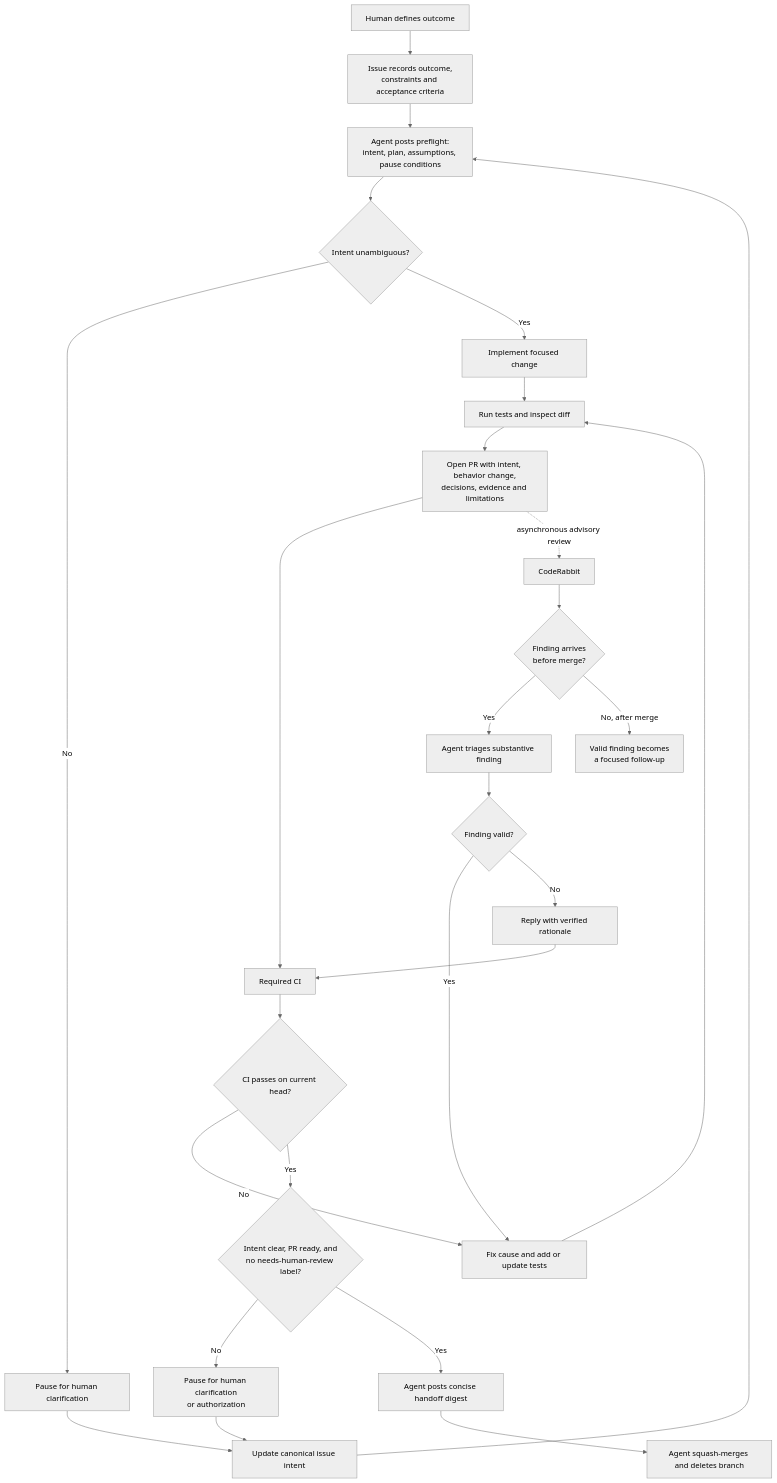
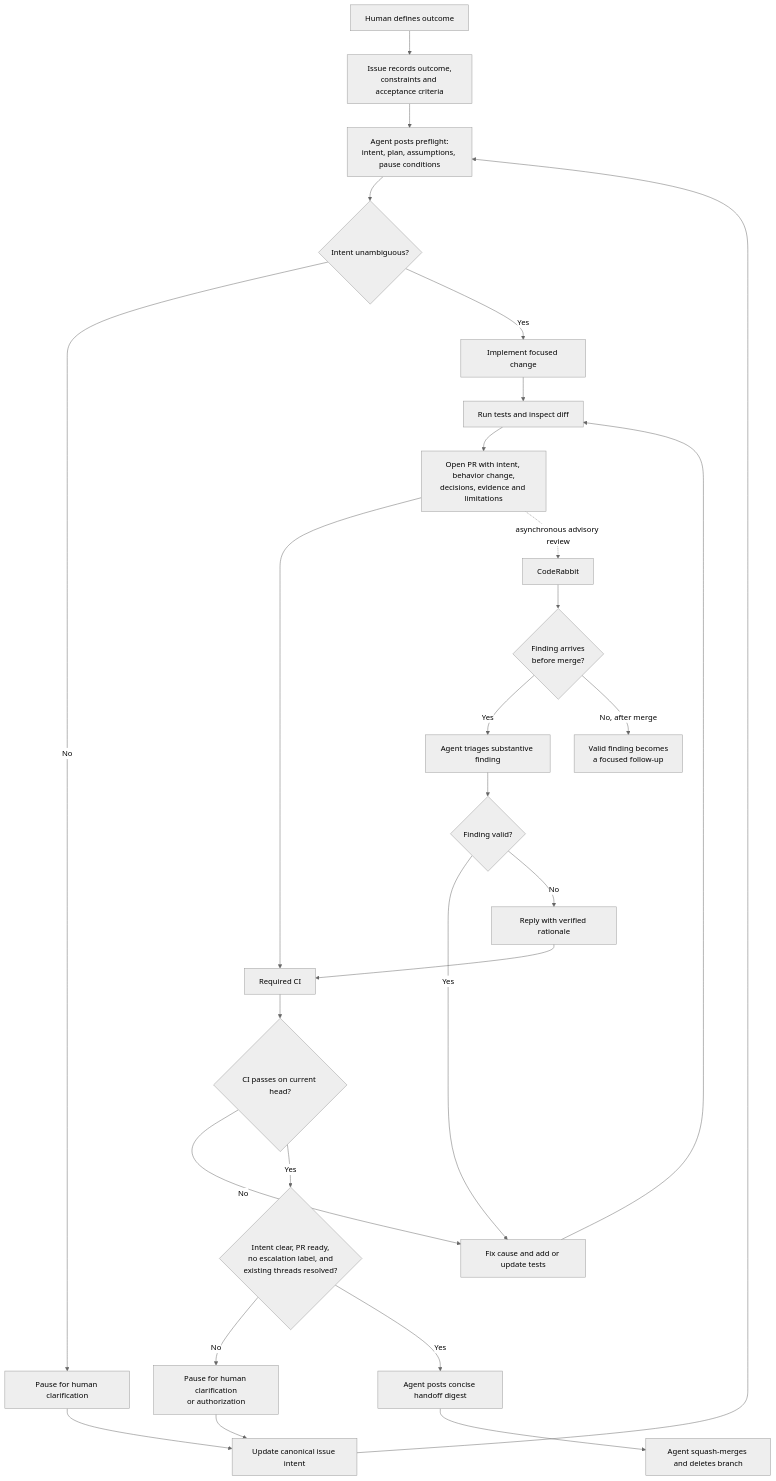
Before and after one commit to kvnalb/all-things-agentic: the diagram in docs/workflow.md, drawn with Mermaid (neutral theme). The commit also changed other lines of this file and 1 other file, not shown here.

Commit message:
docs: require existing review threads resolved

````diff
--- a/docs/workflow.md
+++ b/docs/workflow.md
@@ -5,35 +5,35 @@
 ```mermaid
 flowchart TD
     H[Human defines outcome] --> I[Issue records outcome,<br/>constraints and acceptance criteria]
     I --> P[Agent posts preflight:<br/>intent, plan, assumptions, pause conditions]
 
     P --> Q{Intent unambiguous?}
     Q -->|No| C[Pause for human clarification]
     C --> U[Update canonical issue intent]
     U --> P
     Q -->|Yes| B[Implement focused change]
 
     B --> T[Run tests and inspect diff]
     T --> R[Open PR with intent, behavior change,<br/>decisions, evidence and limitations]
 
     R --> CI[Required CI]
     R -. asynchronous advisory review .-> CR[CodeRabbit]
 
     CI --> CIP{CI passes on current head?}
     CIP -->|No| F[Fix cause and add or update tests]
     F --> T
 
     CR --> ARR{Finding arrives<br/>before merge?}
     ARR -->|Yes| TRI[Agent triages substantive finding]
     TRI --> VALID{Finding valid?}
     VALID -->|Yes| F
     VALID -->|No| REPLY[Reply with verified rationale]
     REPLY --> CI
     ARR -->|No, after merge| FOLLOW[Valid finding becomes<br/>a focused follow-up]
 
-    CIP -->|Yes| G{Intent clear, PR ready, and<br/>no needs-human-review label?}
+    CIP -->|Yes| G{Intent clear, PR ready,<br/>no escalation label, and<br/>existing threads resolved?}
     G -->|No| ESC[Pause for human clarification<br/>or authorization]
     ESC --> U
     G -->|Yes| D[Agent posts concise handoff digest]
     D --> M[Agent squash-merges and deletes branch]
 ```
````
